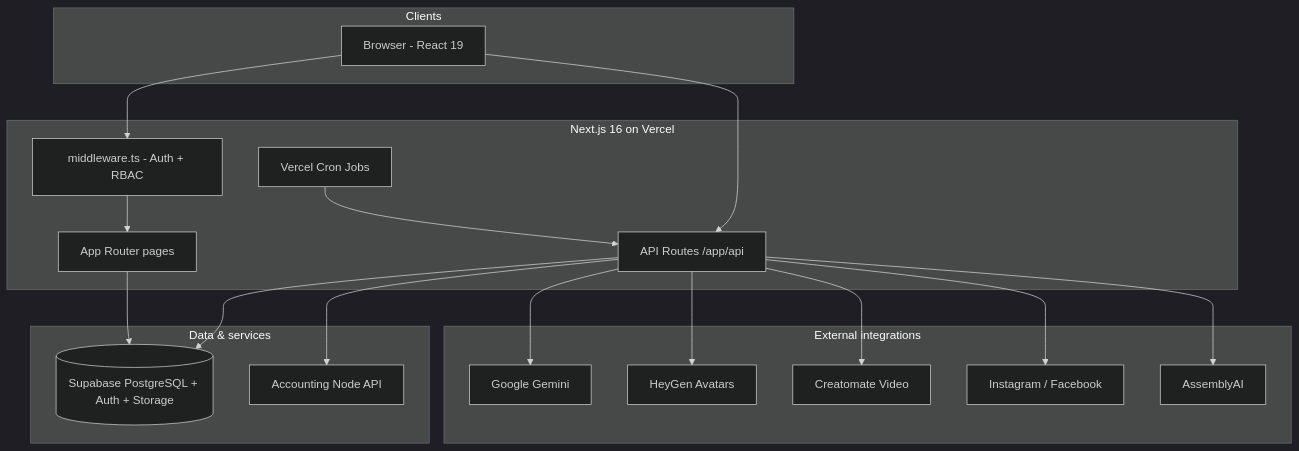
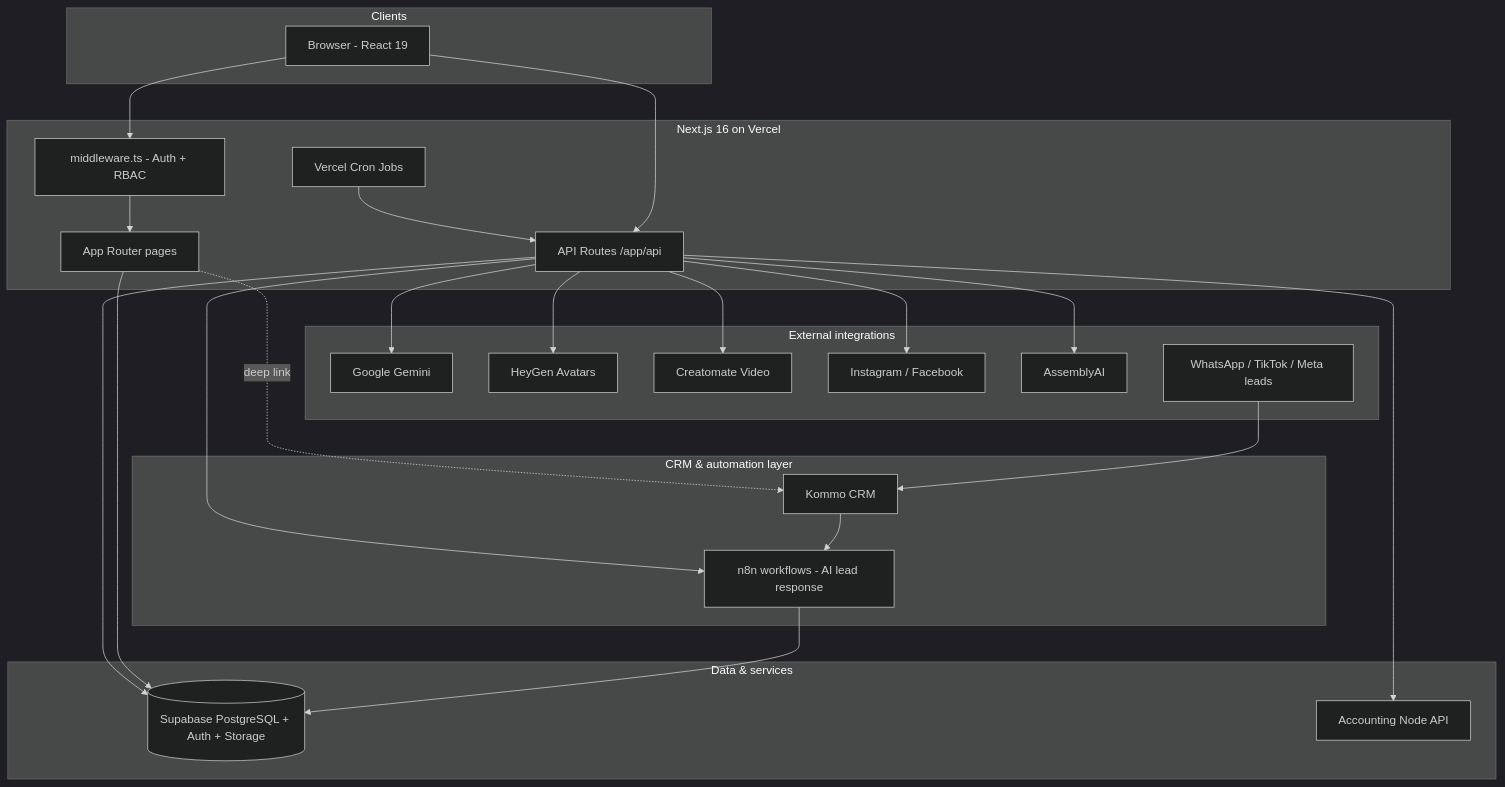
One commit to fagmotorssistemas/KsiNuevos_Frontend changed the first of 2 diagrams in README.md. Above: the diagram before and after it, drawn with Mermaid (dark theme). The commit also changed other lines of this file, not shown here.

First line of the commit message:
Document Kommo CRM and n8n AI lead automation in README.

````diff
--- a/README.md
+++ b/README.md
@@ -51,38 +53,49 @@
 ```mermaid
 flowchart TB
   subgraph clients [Clients]
     Browser[Browser - React 19]
   end
 
   subgraph next [Next.js 16 on Vercel]
     MW[middleware.ts - Auth + RBAC]
     Pages[App Router pages]
     API[API Routes /app/api]
     Cron[Vercel Cron Jobs]
   end
 
   subgraph data [Data & services]
     SB[(Supabase PostgreSQL + Auth + Storage)]
     AccAPI[Accounting Node API]
   end
 
+  subgraph automation [CRM & automation layer]
+    Kommo[Kommo CRM]
+    N8N[n8n workflows - AI lead response]
+  end
+
   subgraph external [External integrations]
     Gemini[Google Gemini]
     HeyGen[HeyGen Avatars]
     Creatomate[Creatomate Video]
     Meta[Instagram / Facebook]
     Assembly[AssemblyAI]
+    Channels[WhatsApp / TikTok / Meta leads]
   end
 
+  Channels --> Kommo
+  Kommo --> N8N
+  N8N --> SB
   Browser --> MW --> Pages
   Browser --> API
   Cron --> API
   Pages --> SB
   API --> SB
   API --> AccAPI
+  API --> N8N
   API --> Gemini
   API --> HeyGen
   API --> Creatomate
   API --> Meta
   API --> Assembly
+  Pages -. deep link .-> Kommo
 ```
````
